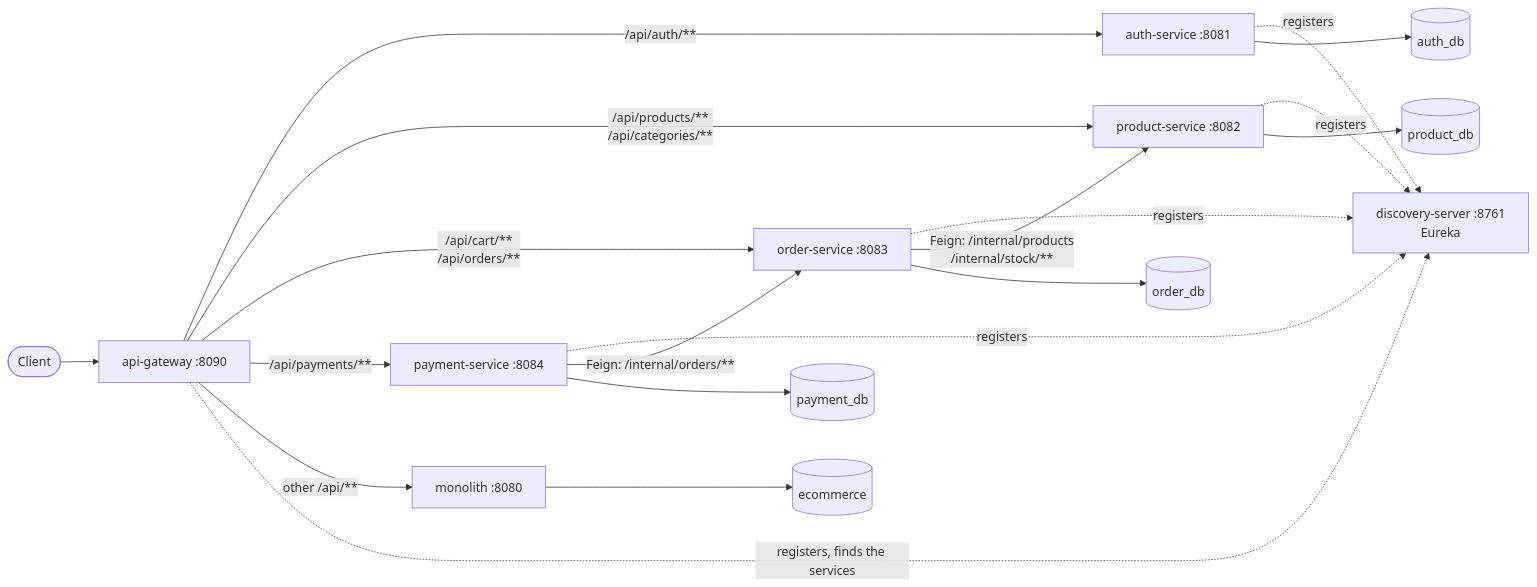
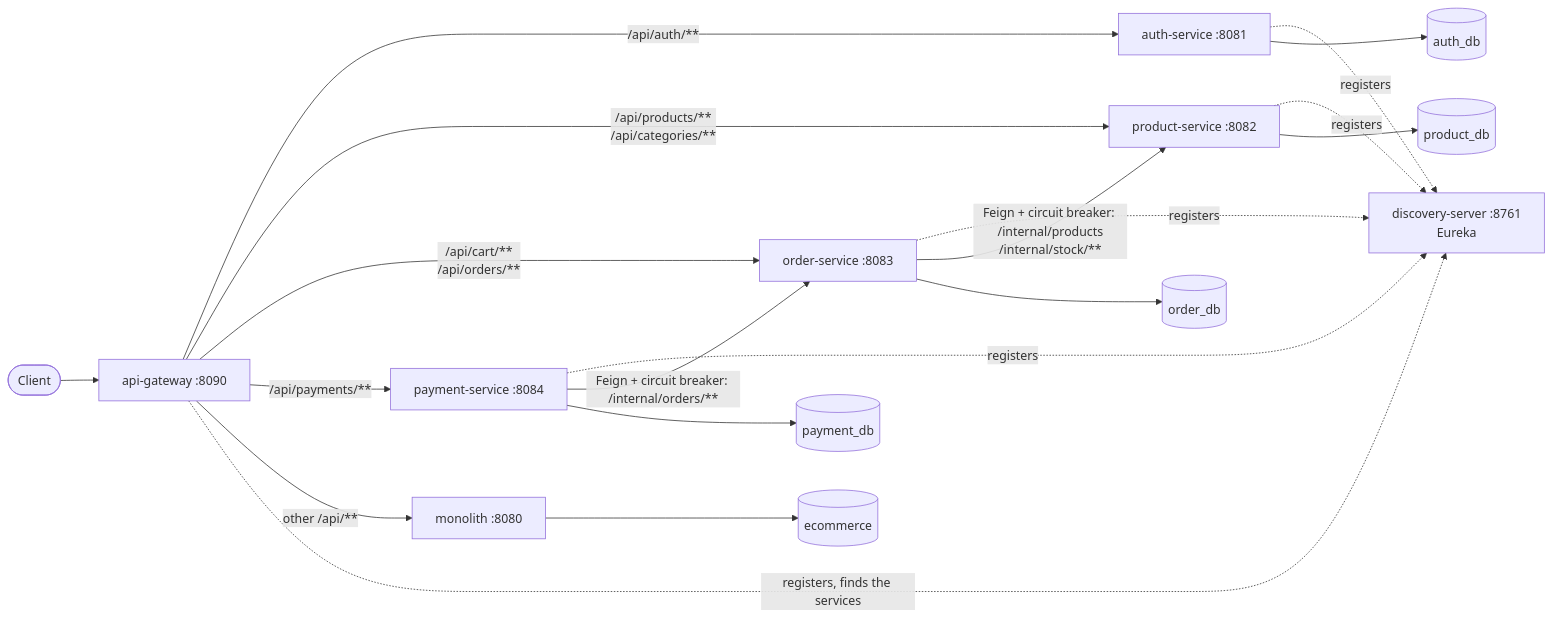
The first of 2 diagrams in README.md (monssefbaakka/ecommerce-microservices), drawn with Mermaid before and after one commit.

Commit message:
docs(readme): the diagram shows the circuit breaker on the internal calls

````diff
--- a/README.md
+++ b/README.md
@@ -131,21 +131,21 @@
 ```mermaid
 flowchart LR
     client([Client]) --> gateway["api-gateway :8090"]
     gateway -- "/api/auth/**" --> auth["auth-service :8081"]
     gateway -- "/api/products/**<br/>/api/categories/**" --> product["product-service :8082"]
     gateway -- "/api/cart/**<br/>/api/orders/**" --> order["order-service :8083"]
     gateway -- "/api/payments/**" --> payment["payment-service :8084"]
     gateway -- "other /api/**" --> monolith["monolith :8080"]
     auth -. registers .-> eureka["discovery-server :8761<br/>Eureka"]
     product -. registers .-> eureka
     order -. registers .-> eureka
     payment -. registers .-> eureka
     gateway -. registers, finds the services .-> eureka
-    order -- "Feign: /internal/products<br/>/internal/stock/**" --> product
-    payment -- "Feign: /internal/orders/**" --> order
+    order -- "Feign + circuit breaker: /internal/products<br/>/internal/stock/**" --> product
+    payment -- "Feign + circuit breaker: /internal/orders/**" --> order
     auth --> authdb[(auth_db)]
     product --> productdb[(product_db)]
     order --> orderdb[(order_db)]
     payment --> paymentdb[(payment_db)]
     monolith --> monolithdb[(ecommerce)]
 ```
````
